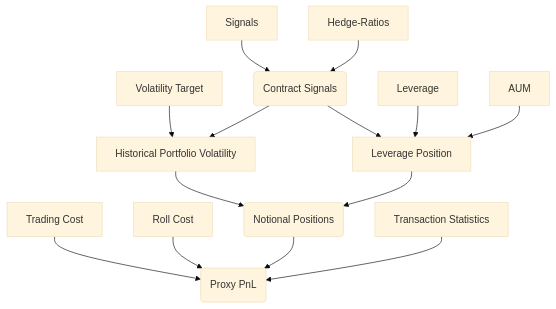
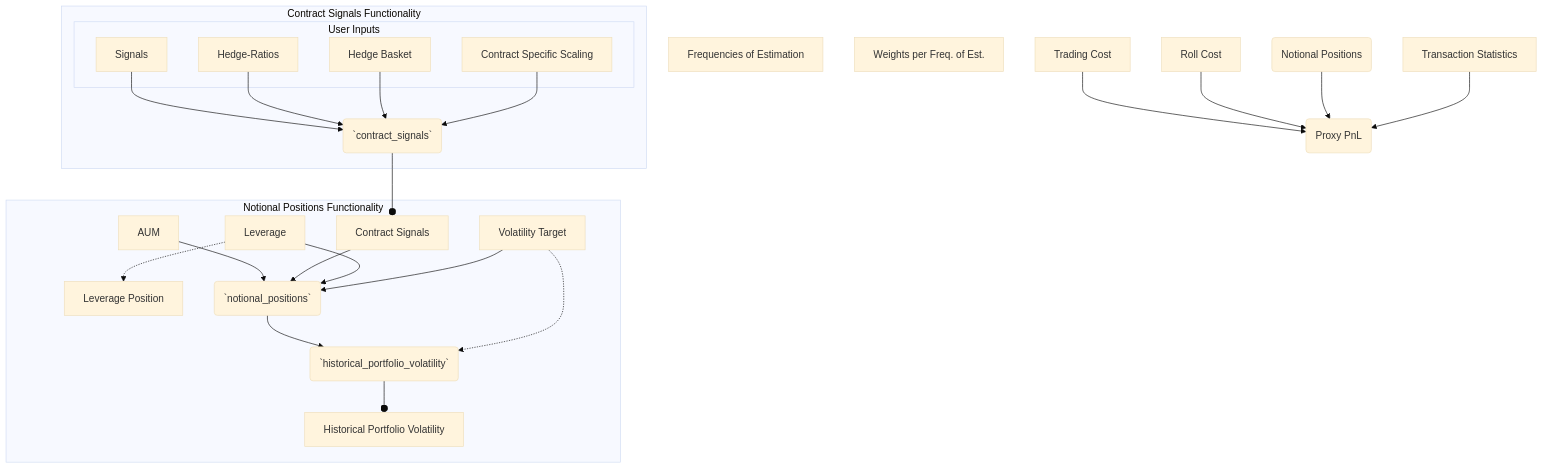
The diagram in macrosynergy/pnl/README.md (macrosynergy/macrosynergy), drawn with Mermaid (base theme) before and after one commit. The commit also changed other lines of this file, not shown here.

Commit message:
updating pnl readme

````diff
--- a/macrosynergy/pnl/README.md
+++ b/macrosynergy/pnl/README.md
@@ -44,35 +45,60 @@
 ```{mermaid}
   flowchart TD;
       Sig[Signals]
+      CSCALES[Contract Specific Scaling]
       HR[Hedge-Ratios]
-      CS(Contract Signals)
+      HB[Hedge Basket]
+      CSfunc(`contract_signals`)
+      CS[Contract Signals]
       AUM[AUM]
       LVG[Leverage]
       LVGP[Leverage Position]
       VT[Volatility Target]
+      NPfunc(`notional_positions`)
       NP(Notional Positions)
+      HPVfunc(`historical_portfolio_volatility`)
       HPV[Historical Portfolio Volatility]
       TC[Trading Cost]
       RC[Roll Cost]
       Distr[Transaction Statistics]
       PP(Proxy PnL)
+      ESTF[Frequencies of Estimation]
+      ESTW[Weights per Freq. of Est.]
 
-      Sig-->CS
-      HR-->CS
+      subgraph "Contract Signals Functionality"
+        subgraph "User Inputs"
+          Sig
+          HR
+          HB
+          CSCALES
+        end
 
-      VT-->HPV
-      CS-->HPV
-      CS-->LVGP
-      LVG-->LVGP
-      AUM-->LVGP
+        Sig-->CSfunc
+        HR-->CSfunc
+        HB-->CSfunc
+        CSCALES-->CSfunc
+      end
+        CSfunc--o CS
+
+      subgraph "Notional Positions Functionality"
+        LVG-.->LVGP
+
+        AUM-->NPfunc
+        CS-->NPfunc
+        LVG-->NPfunc
+        VT-->NPfunc
 
 
-      HPV-->NP
-      LVGP-->NP
+        NPfunc-->HPVfunc
+        VT-.->HPVfunc
+        HPVfunc--o HPV
+
+
+      end
 
       TC-->PP
       RC-->PP
       NP-->PP
       Distr-->PP
 
 ```
````
